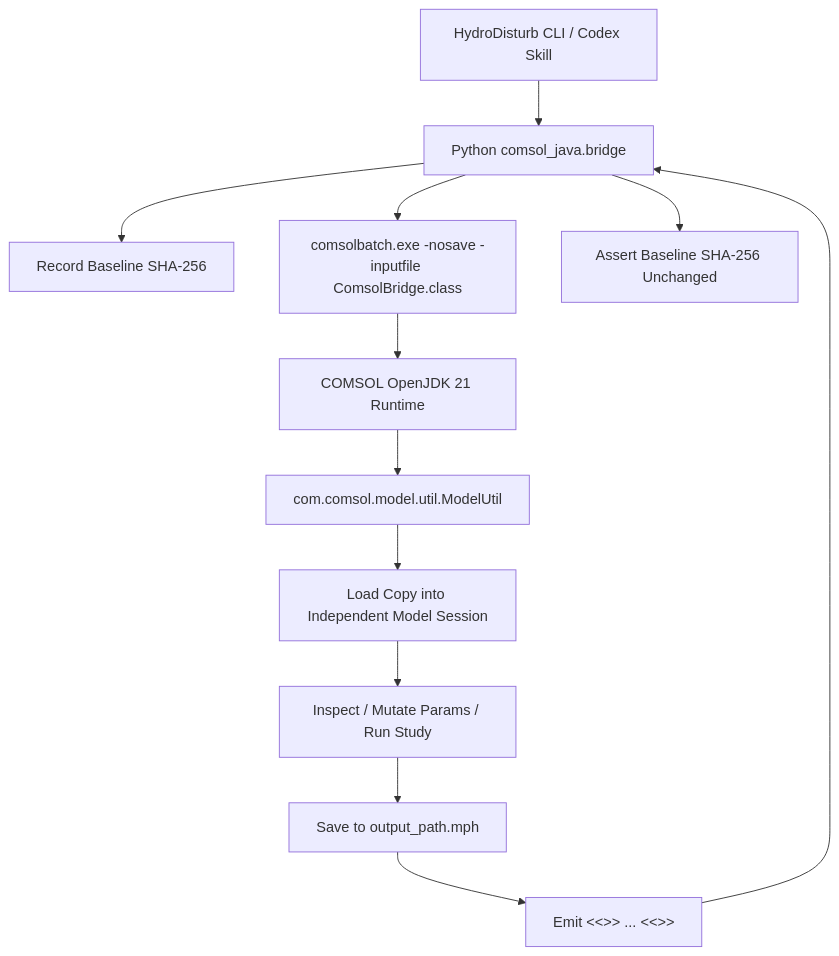
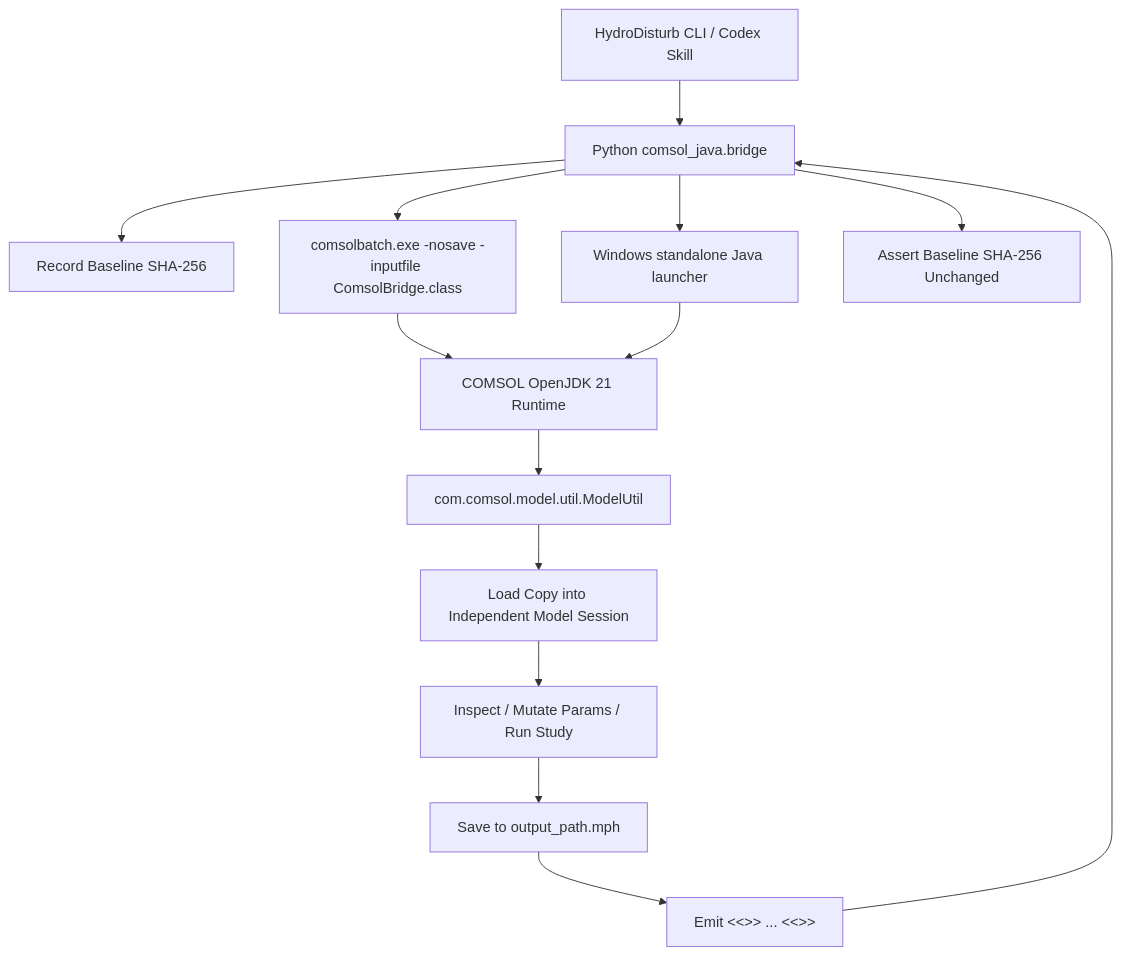
Before and after one commit to Pitohuie-AIversion/HydroDisturb-Bench: the diagram in docs/COMSOL_API_INTEGRATION.md, drawn with Mermaid. The commit also changed other lines of this file and 8 other files, not shown here.

````diff
--- a/docs/COMSOL_API_INTEGRATION.md
+++ b/docs/COMSOL_API_INTEGRATION.md
@@ -9,14 +11,16 @@
 ```mermaid
 graph TD
     CLI[HydroDisturb CLI / Codex Skill] --> BridgePy[Python comsol_java.bridge]
     BridgePy --> ShaBefore[Record Baseline SHA-256]
     BridgePy --> Batch[comsolbatch.exe -nosave -inputfile ComsolBridge.class]
+    BridgePy --> Standalone[Windows standalone Java launcher]
     Batch --> ComsolJVM[COMSOL OpenJDK 21 Runtime]
+    Standalone --> ComsolJVM
     ComsolJVM --> ModelUtil[com.comsol.model.util.ModelUtil]
     ModelUtil --> TargetCopy[Load Copy into Independent Model Session]
     TargetCopy --> Operations[Inspect / Mutate Params / Run Study]
     Operations --> SaveOut[Save to output_path.mph]
     SaveOut --> JsonSentinel[Emit <<<JSON_START>>> ... <<<JSON_END>>>]
     JsonSentinel --> BridgePy
     BridgePy --> ShaAfter[Assert Baseline SHA-256 Unchanged]
 ```
````
